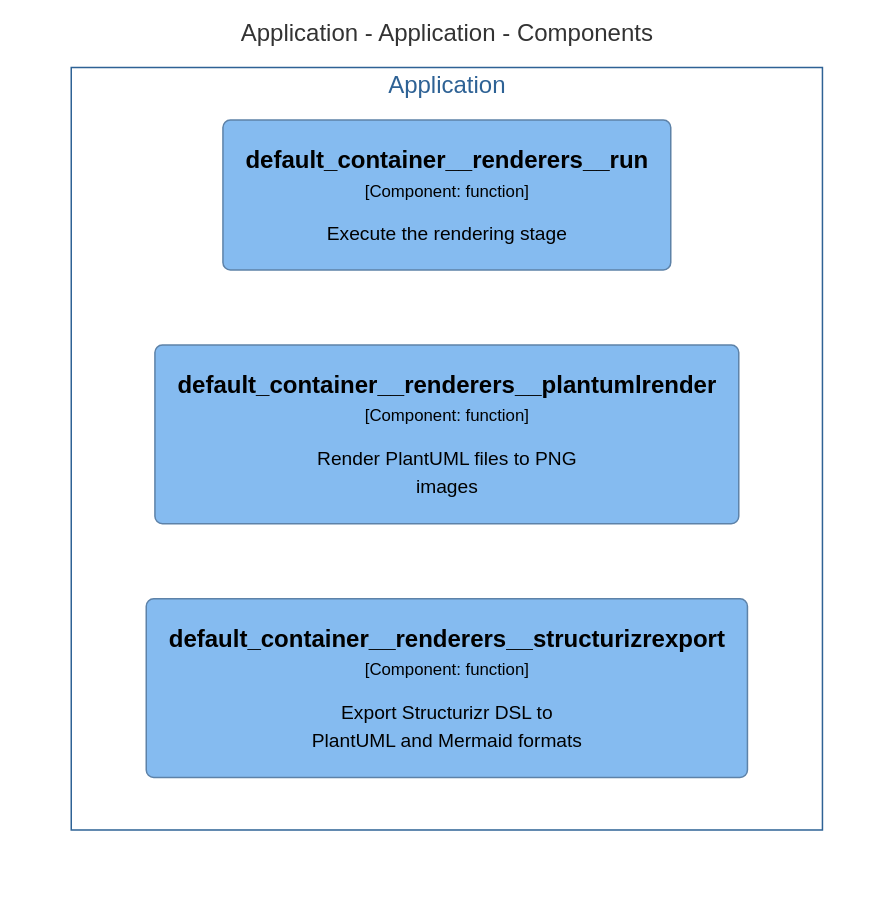
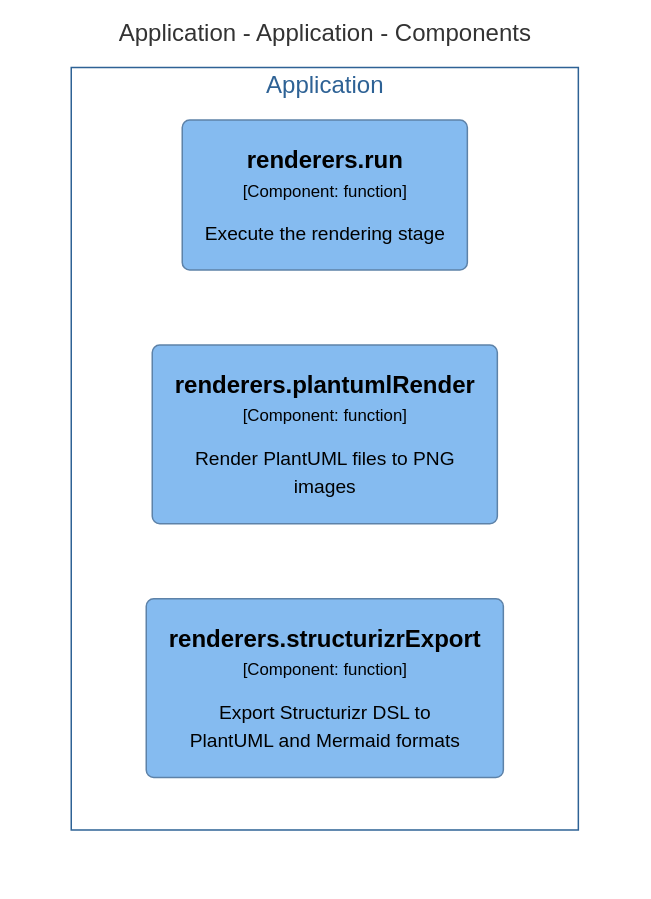
Before and after one commit to chrislyons-dev/archlette: the diagram in docs/architecture/diagrams/mermaid/structurizr-Classes_default_container__renderers.mmd, drawn with Mermaid. The commit also changed 43 other files, not shown here.

```diff
--- a/docs/architecture/diagrams/mermaid/structurizr-Classes_default_container__renderers.mmd
+++ b/docs/architecture/diagrams/mermaid/structurizr-Classes_default_container__renderers.mmd
@@ -1,18 +1,18 @@
 graph TB
   linkStyle default fill:#ffffff
 
   subgraph diagram ["Application - Application - Components"]
     style diagram fill:#ffffff,stroke:#ffffff
 
     subgraph 8 ["Application"]
       style 8 fill:#ffffff,stroke:#2e6295,color:#2e6295
 
-      31("<div style='font-weight: bold'>default_container__renderers__run</div><div style='font-size: 70%; margin-top: 0px'>[Component: function]</div><div style='font-size: 80%; margin-top:10px'>Execute the rendering stage</div>")
+      31("<div style='font-weight: bold'>renderers.run</div><div style='font-size: 70%; margin-top: 0px'>[Component: function]</div><div style='font-size: 80%; margin-top:10px'>Execute the rendering stage</div>")
       style 31 fill:#85bbf0,stroke:#5d82a8,color:#000000
-      95("<div style='font-weight: bold'>default_container__renderers__plantumlrender</div><div style='font-size: 70%; margin-top: 0px'>[Component: function]</div><div style='font-size: 80%; margin-top:10px'>Render PlantUML files to PNG<br />images</div>")
+      95("<div style='font-weight: bold'>renderers.plantumlRender</div><div style='font-size: 70%; margin-top: 0px'>[Component: function]</div><div style='font-size: 80%; margin-top:10px'>Render PlantUML files to PNG<br />images</div>")
       style 95 fill:#85bbf0,stroke:#5d82a8,color:#000000
-      96("<div style='font-weight: bold'>default_container__renderers__structurizrexport</div><div style='font-size: 70%; margin-top: 0px'>[Component: function]</div><div style='font-size: 80%; margin-top:10px'>Export Structurizr DSL to<br />PlantUML and Mermaid formats</div>")
+      96("<div style='font-weight: bold'>renderers.structurizrExport</div><div style='font-size: 70%; margin-top: 0px'>[Component: function]</div><div style='font-size: 80%; margin-top:10px'>Export Structurizr DSL to<br />PlantUML and Mermaid formats</div>")
       style 96 fill:#85bbf0,stroke:#5d82a8,color:#000000
     end
 
   end
```
